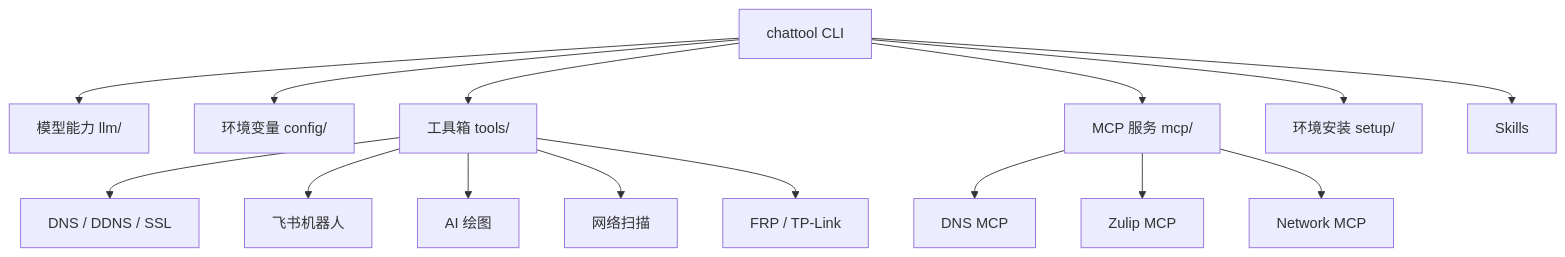
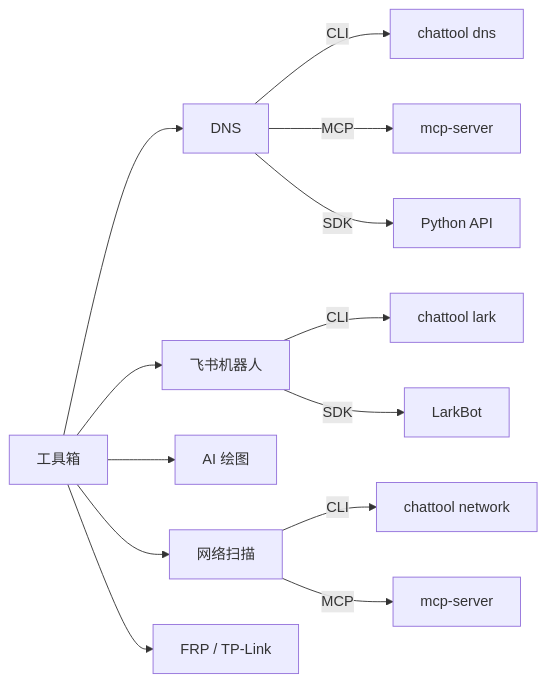
Before and after one commit to cubenlp/ChatTool: the second of 2 diagrams in docs/index.md, drawn with Mermaid. The commit also changed other lines of this file and 1 other file, not shown here.

Commit message:
docs: add Mermaid support and fix arch diagram structure

````diff
--- a/docs/index.md
+++ b/docs/index.md
@@ -20,19 +34,20 @@
 ```mermaid
-graph TD
-    A[chattool CLI] --> B[模型能力 llm/]
-    A --> C[环境变量 config/]
-    A --> D[工具箱 tools/]
-    A --> E[MCP 服务 mcp/]
-    A --> F[环境安装 setup/]
-    A --> G[Skills]
+graph LR
+    TOOLS[工具箱]
 
-    D --> D1[DNS / DDNS / SSL]
-    D --> D2[飞书机器人]
-    D --> D3[AI 绘图]
-    D --> D4[网络扫描]
-    D --> D5[FRP / TP-Link]
+    TOOLS --> DNS[DNS]
+    TOOLS --> LARK[飞书机器人]
+    TOOLS --> IMG[AI 绘图]
+    TOOLS --> NET[网络扫描]
+    TOOLS --> FRP[FRP / TP-Link]
 
-    E --> E1[DNS MCP]
-    E --> E2[Zulip MCP]
-    E --> E3[Network MCP]
+    DNS --> |CLI| DNS_CLI[chattool dns]
+    DNS --> |MCP| DNS_MCP[mcp-server]
+    DNS --> |SDK| DNS_SDK[Python API]
+
+    LARK --> |CLI| LARK_CLI[chattool lark]
+    LARK --> |SDK| LARK_SDK[LarkBot]
+
+    NET --> |CLI| NET_CLI[chattool network]
+    NET --> |MCP| NET_MCP[mcp-server]
 ```
````
